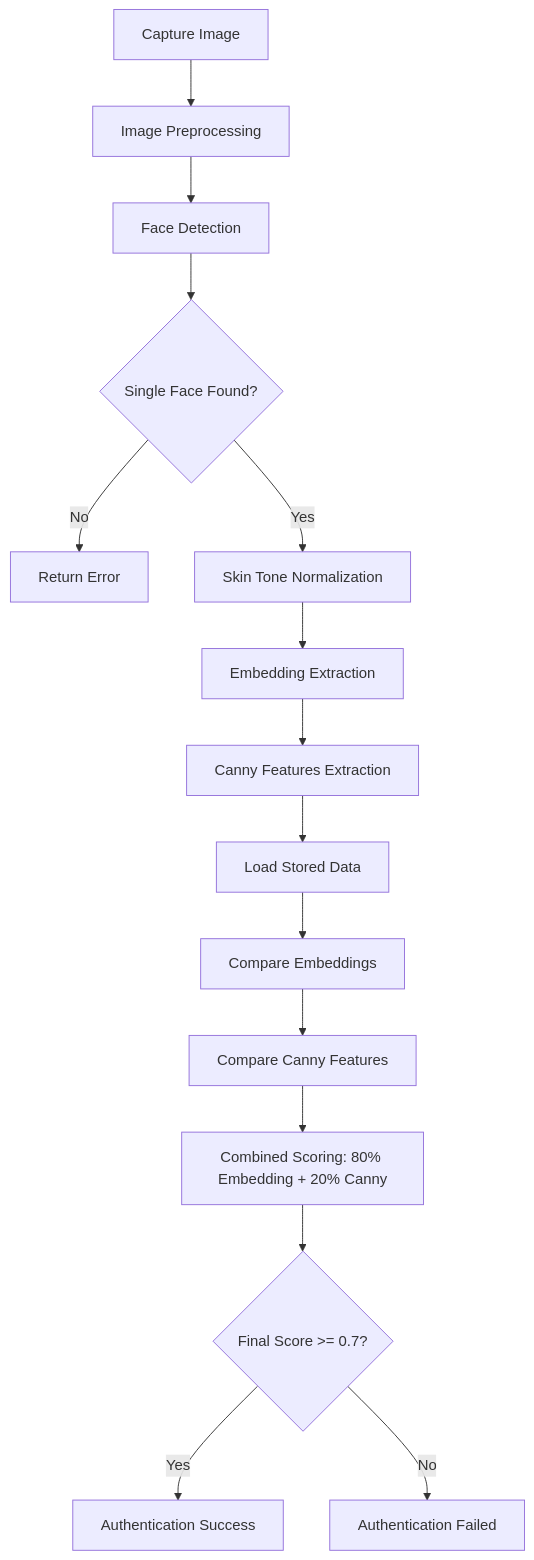
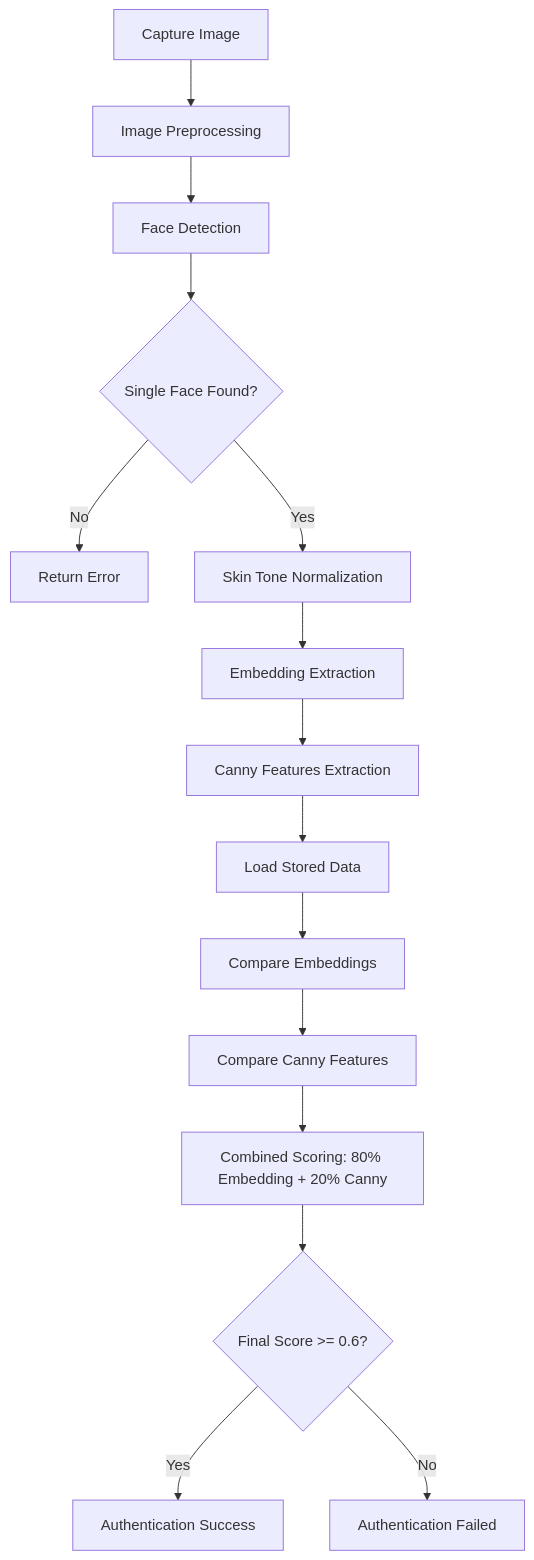
The second of 2 diagrams in README.md (dinhnguyen888/attendance_system), drawn with Mermaid before and after one commit. The commit also changed other lines of this file, not shown here.

````diff
--- a/README.md
+++ b/README.md
@@ -389,17 +389,17 @@
 ```mermaid
 graph TD
     A[Capture Image] --> B[Image Preprocessing]
     B --> C[Face Detection]
     C --> D{Single Face Found?}
     D -->|No| E[Return Error]
     D -->|Yes| F[Skin Tone Normalization]
     F --> G[Embedding Extraction]
     G --> H[Canny Features Extraction]
     H --> I[Load Stored Data]
     I --> J[Compare Embeddings]
     J --> K[Compare Canny Features]
     K --> L[Combined Scoring: 80% Embedding + 20% Canny]
-    L --> M{Final Score >= 0.7?}
+    L --> M{Final Score >= 0.6?}
     M -->|Yes| N[Authentication Success]
     M -->|No| O[Authentication Failed]
 ```
````
